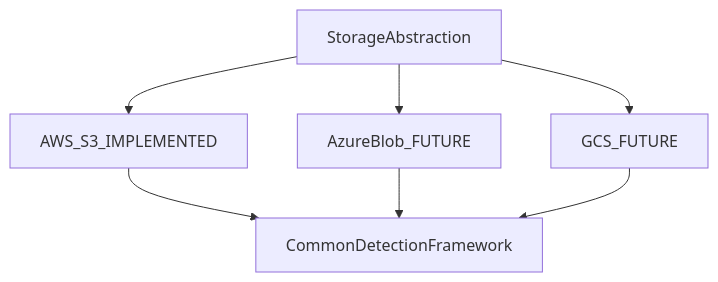
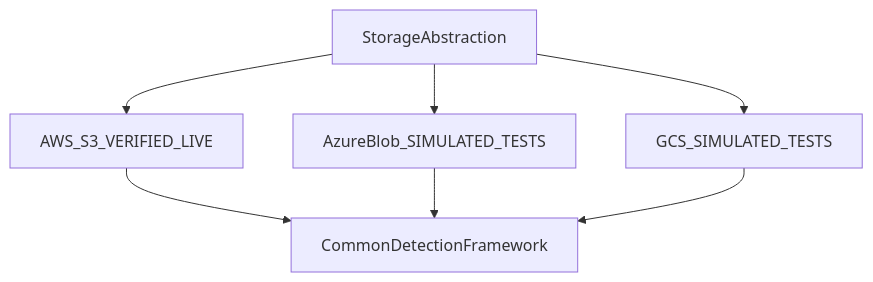
The diagram in docs/roadmap/future-work.md (Sparshagrawal07/ASPARe), drawn with Mermaid before and after one commit. The commit also changed other lines of this file and 55 other files, not shown here.

First line of the commit message:
Add intelligence layer, LLM analysis, policy generation and Azure/GCS support

````diff
--- a/docs/roadmap/future-work.md
+++ b/docs/roadmap/future-work.md
@@ -28,10 +22,10 @@
 ```mermaid
 flowchart TB
     Abstraction[StorageAbstraction]
-    Abstraction --> AWS[AWS_S3_IMPLEMENTED]
-    Abstraction --> Azure[AzureBlob_FUTURE]
-    Abstraction --> GCP[GCS_FUTURE]
+    Abstraction --> AWS[AWS_S3_VERIFIED_LIVE]
+    Abstraction --> Azure[AzureBlob_SIMULATED_TESTS]
+    Abstraction --> GCP[GCS_SIMULATED_TESTS]
     AWS --> Common[CommonDetectionFramework]
     Azure --> Common
     GCP --> Common
 ```
````
